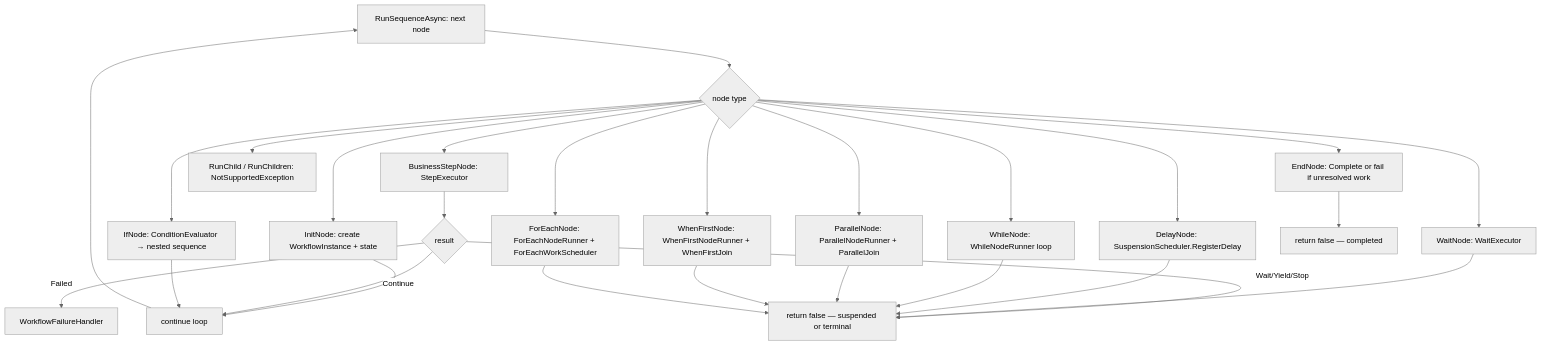
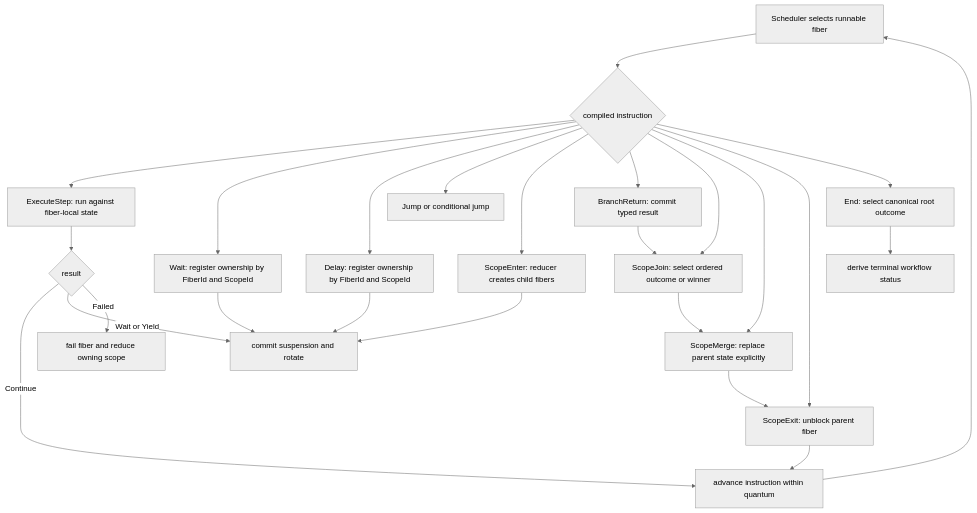
Before and after one commit to dekrevedko/Workflow-orca: diagram 14 of 18 in docs/ephemeral-engine-diagrams.md, drawn with Mermaid (neutral theme). The commit also changed other lines of this file and 238 other files, not shown here.

````diff
--- a/docs/ephemeral-engine-diagrams.md
+++ b/docs/ephemeral-engine-diagrams.md
@@ -666,33 +661,31 @@
 ```mermaid
 flowchart TD
-  Start[RunSequenceAsync: next node] --> Switch{node type}
+  Start[Scheduler selects runnable fiber] --> Switch{compiled instruction}
 
-  Switch --> Init[InitNode: create WorkflowInstance + state]
-  Switch --> Step[BusinessStepNode: StepExecutor]
-  Switch --> Wait[WaitNode: WaitExecutor]
-  Switch --> Delay[DelayNode: SuspensionScheduler.RegisterDelay]
-  Switch --> If[IfNode: ConditionEvaluator → nested sequence]
-  Switch --> While[WhileNode: WhileNodeRunner loop]
-  Switch --> Par[ParallelNode: ParallelNodeRunner + ParallelJoin]
-  Switch --> WF[WhenFirstNode: WhenFirstNodeRunner + WhenFirstJoin]
-  Switch --> FE[ForEachNode: ForEachNodeRunner + ForEachWorkScheduler]
-  Switch --> End[EndNode: Complete or fail if unresolved work]
-  Switch --> RC[RunChild / RunChildren: NotSupportedException]
+  Switch --> Step[ExecuteStep: run against fiber-local state]
+  Switch --> Wait[Wait: register ownership by FiberId and ScopeId]
+  Switch --> Delay[Delay: register ownership by FiberId and ScopeId]
+  Switch --> Jump[Jump or conditional jump]
+  Switch --> Enter[ScopeEnter: reducer creates child fibers]
+  Switch --> Return[BranchReturn: commit typed result]
+  Switch --> Join[ScopeJoin: select ordered outcome or winner]
+  Switch --> Merge[ScopeMerge: replace parent state explicitly]
+  Switch --> Exit[ScopeExit: unblock parent fiber]
+  Switch --> End[End: select canonical root outcome]
 
-  Init --> Next
   Step --> StepResult{result}
   StepResult -->|Continue| Next
-  StepResult -->|Wait/Yield/Stop| Suspend[return false — suspended or terminal]
-  StepResult -->|Failed| Fail[WorkflowFailureHandler]
+  StepResult -->|Wait or Yield| Suspend[commit suspension and rotate]
+  StepResult -->|Failed| Fail[fail fiber and reduce owning scope]
 
   Wait --> Suspend
   Delay --> Suspend
-  If --> Next
-  While --> Suspend
-  Par --> Suspend
-  WF --> Suspend
-  FE --> Suspend
-  End --> Done[return false — completed]
+  Enter --> Suspend
+  Return --> Join
+  Join --> Merge
+  Merge --> Exit
+  Exit --> Next
+  End --> Done[derive terminal workflow status]
 
-  Next[continue loop] --> Start
+  Next[advance instruction within quantum] --> Start
 ```
````
